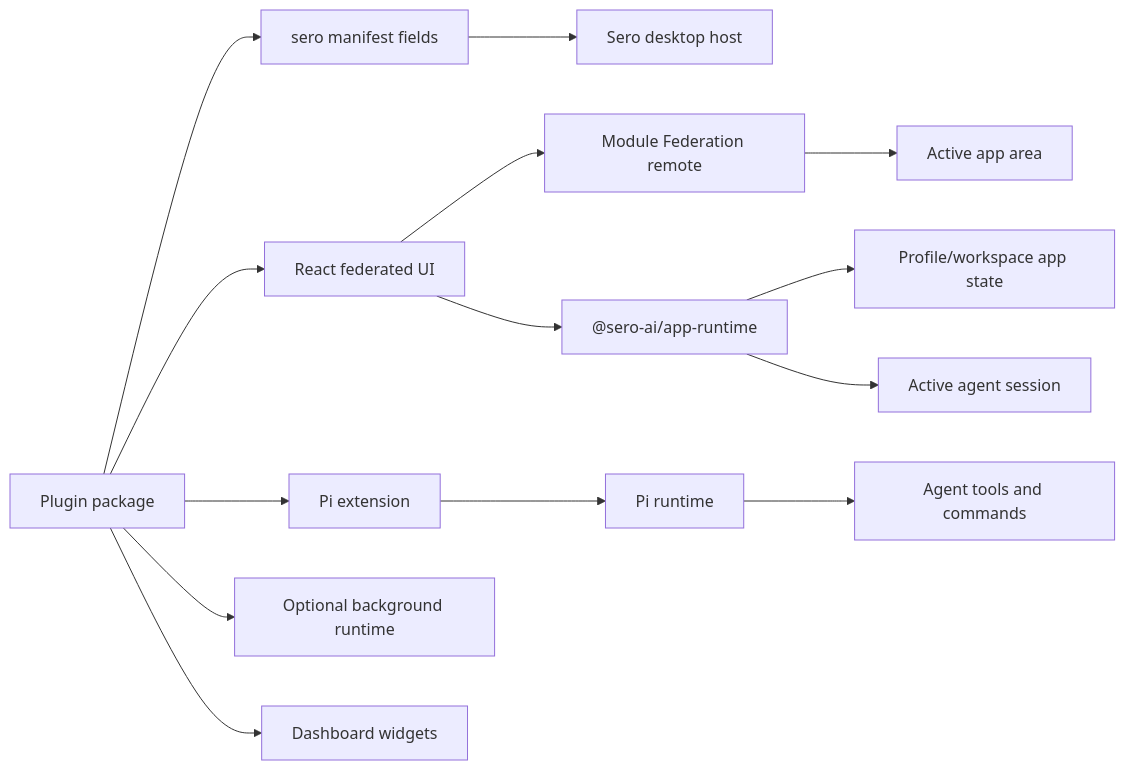
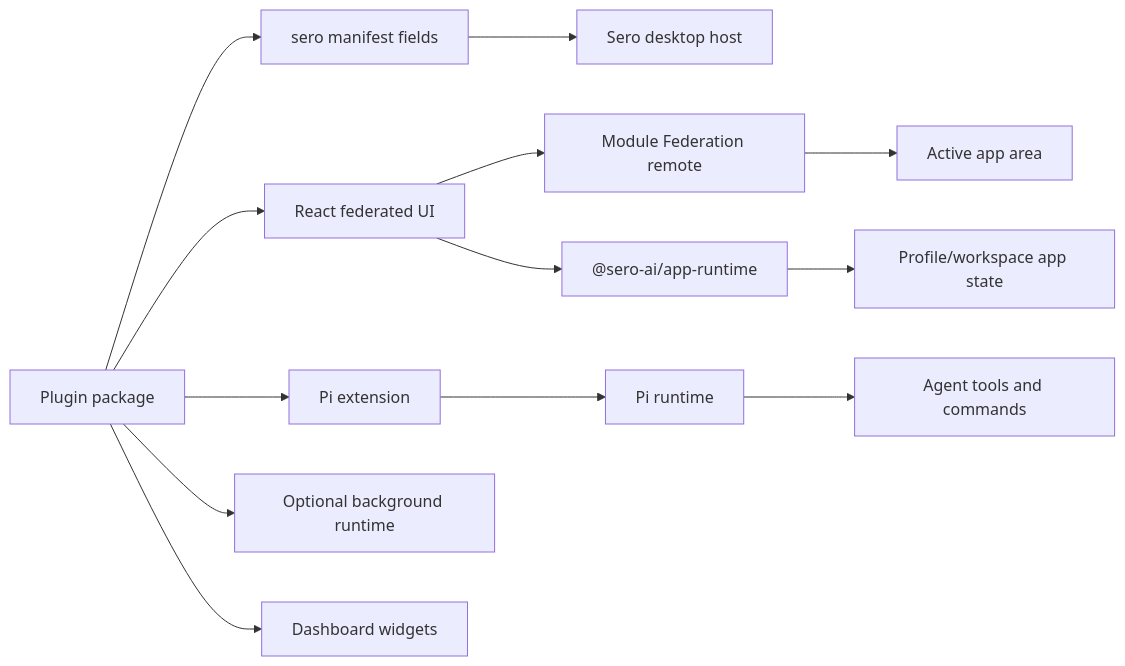
One commit to sero-labs/sero changed the diagram in apps/docs-site/docs/guide/plugins-and-apps.md. Above: the diagram before and after it, drawn with Mermaid. The commit also changed other lines of this file and 126 other files, not shown here.

````diff
--- a/apps/docs-site/docs/guide/plugins-and-apps.md
+++ b/apps/docs-site/docs/guide/plugins-and-apps.md
@@ -133,19 +33,16 @@
 ```mermaid
 flowchart LR
   Plugin[Plugin package] --> Manifest[sero manifest fields]
   Plugin --> UI[React federated UI]
   Plugin --> Extension[Pi extension]
   Plugin --> Runtime[Optional background runtime]
   Plugin --> Widgets[Dashboard widgets]
 
   Manifest --> Host[Sero desktop host]
   UI --> Remote[Module Federation remote]
   Remote --> AppArea[Active app area]
-
   Extension --> Pi[Pi runtime]
   Pi --> Tools[Agent tools and commands]
-
   UI --> AppRuntime["@sero-ai/app-runtime"]
   AppRuntime --> State["Profile/workspace app state"]
-  AppRuntime --> Prompt[Active agent session]
 ```
````
